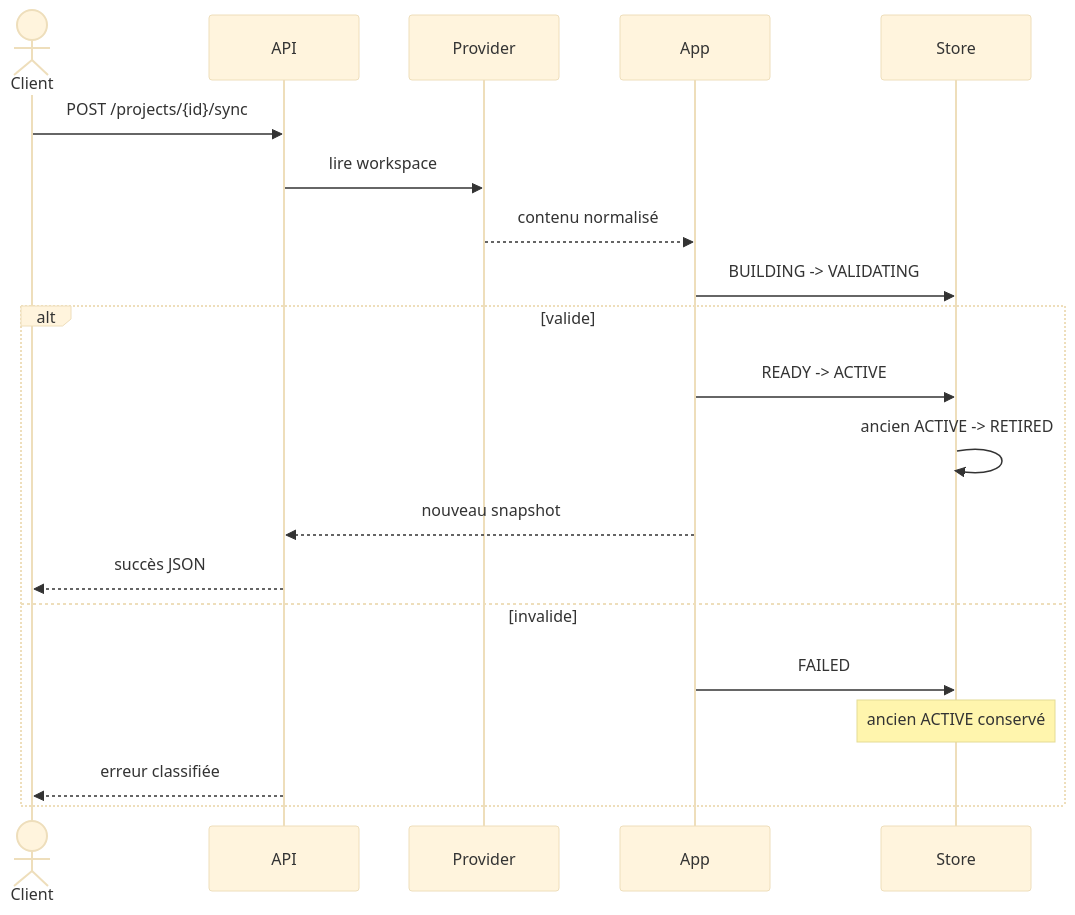
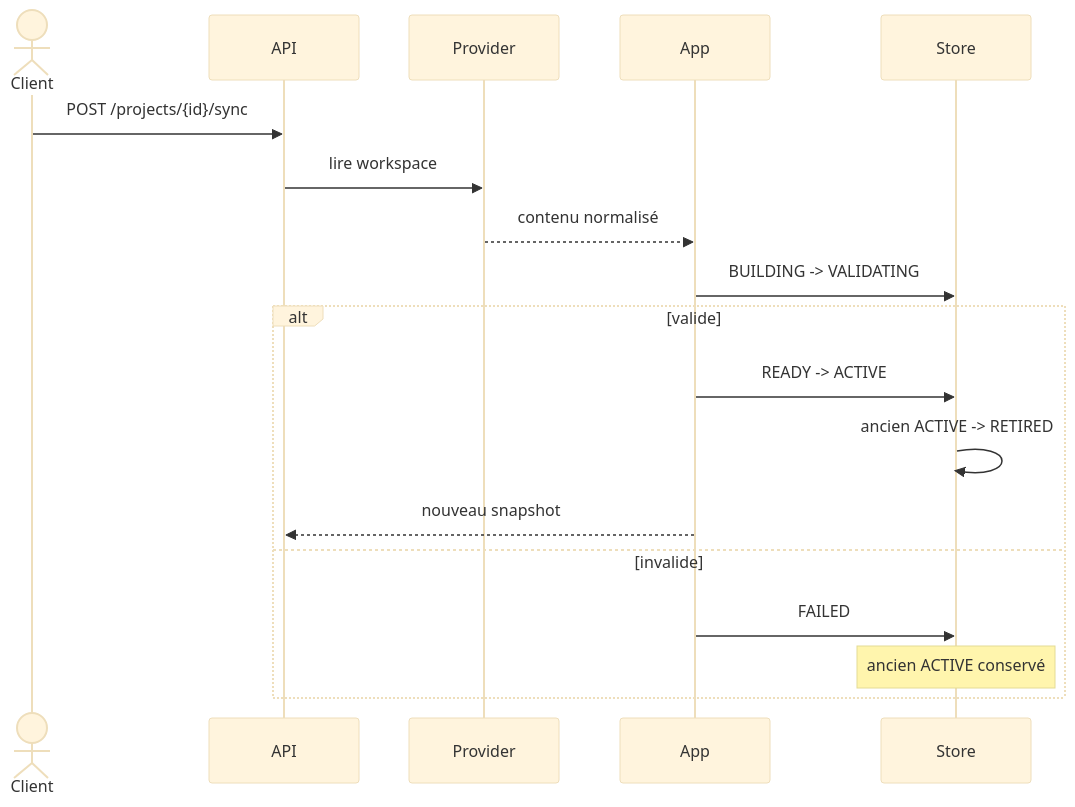
One commit to FTurleque/morpheus-engine changed the third of 4 diagrams in docs/developer/API.md. Above: the diagram before and after it, drawn with Mermaid (base theme). The commit also changed other lines of this file, not shown here.

````diff
--- a/docs/developer/API.md
+++ b/docs/developer/API.md
@@ -122,23 +122,21 @@
 ```mermaid
 sequenceDiagram
     actor Client
     participant API
     participant Provider
     participant App
     participant Store
 
     Client->>API: POST /projects/{id}/sync
     API->>Provider: lire workspace
     Provider-->>App: contenu normalisé
     App->>Store: BUILDING -> VALIDATING
     alt valide
         App->>Store: READY -> ACTIVE
         Store->>Store: ancien ACTIVE -> RETIRED
         App-->>API: nouveau snapshot
-        API-->>Client: succès JSON
     else invalide
         App->>Store: FAILED
         Note over Store: ancien ACTIVE conservé
-        API-->>Client: erreur classifiée
     end
 ```
````
